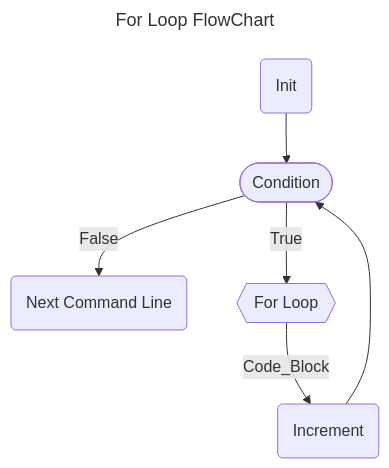
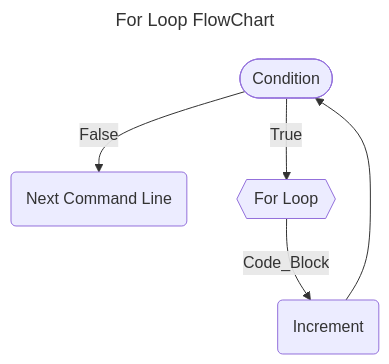
Before and after one commit to artghieri/The-C-Language: the seventh of 7 diagrams in c.md, drawn with Mermaid. The commit also changed other lines of this file, not shown here.

````diff
--- a/c.md
+++ b/c.md
@@ -1060,11 +1061,10 @@
 ```mermaid
 ---
 title: For Loop FlowChart
 ---
   flowchart TD
-    A(Init) --> B([Condition])
-    B --> |False| C(Next Command Line)
+    B([Condition]) --> |False| C(Next Command Line)
     B --> |True| D{{For Loop}}
     D --> |Code_Block| E(Increment)
     E --> B  
 ```
````
